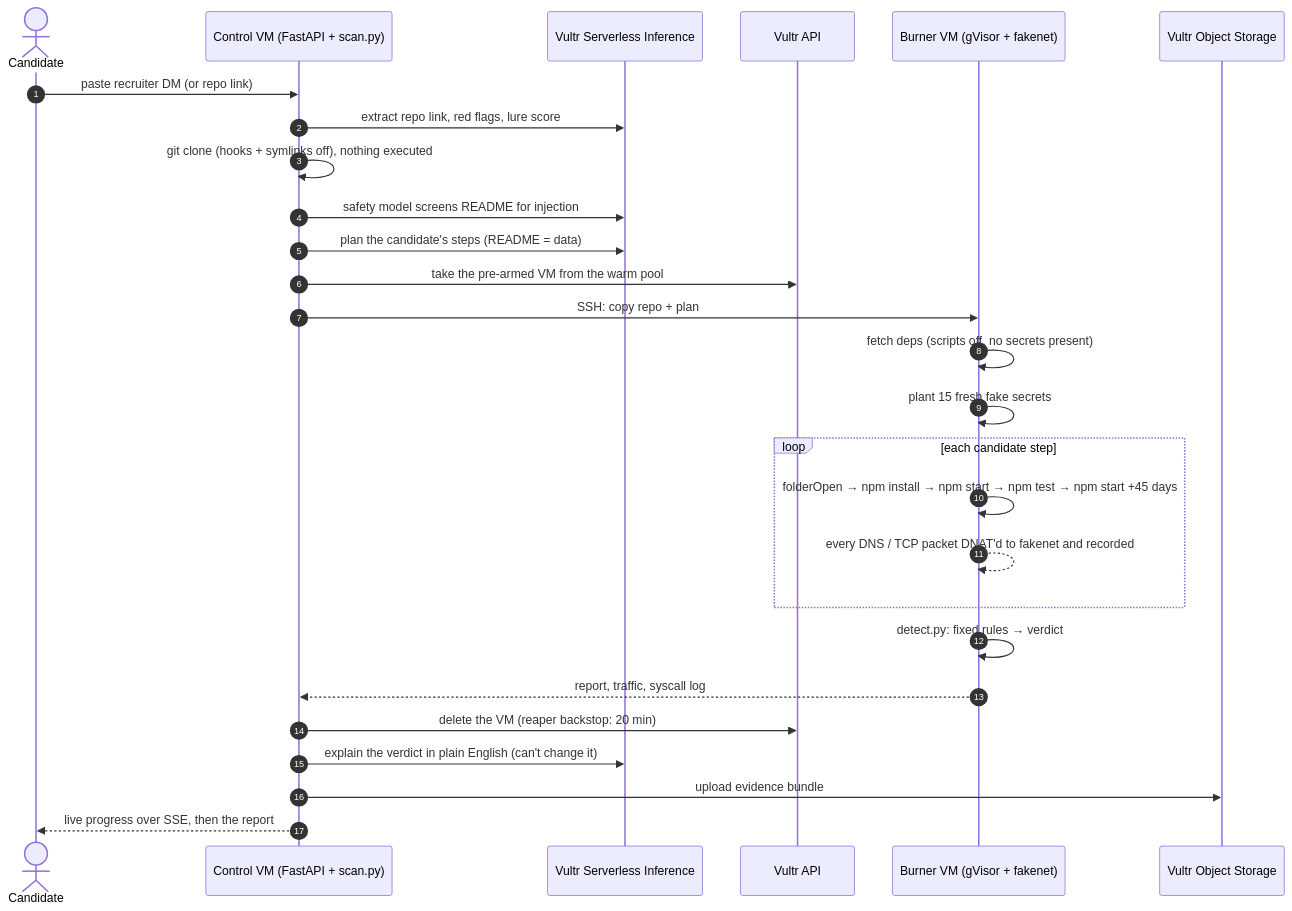
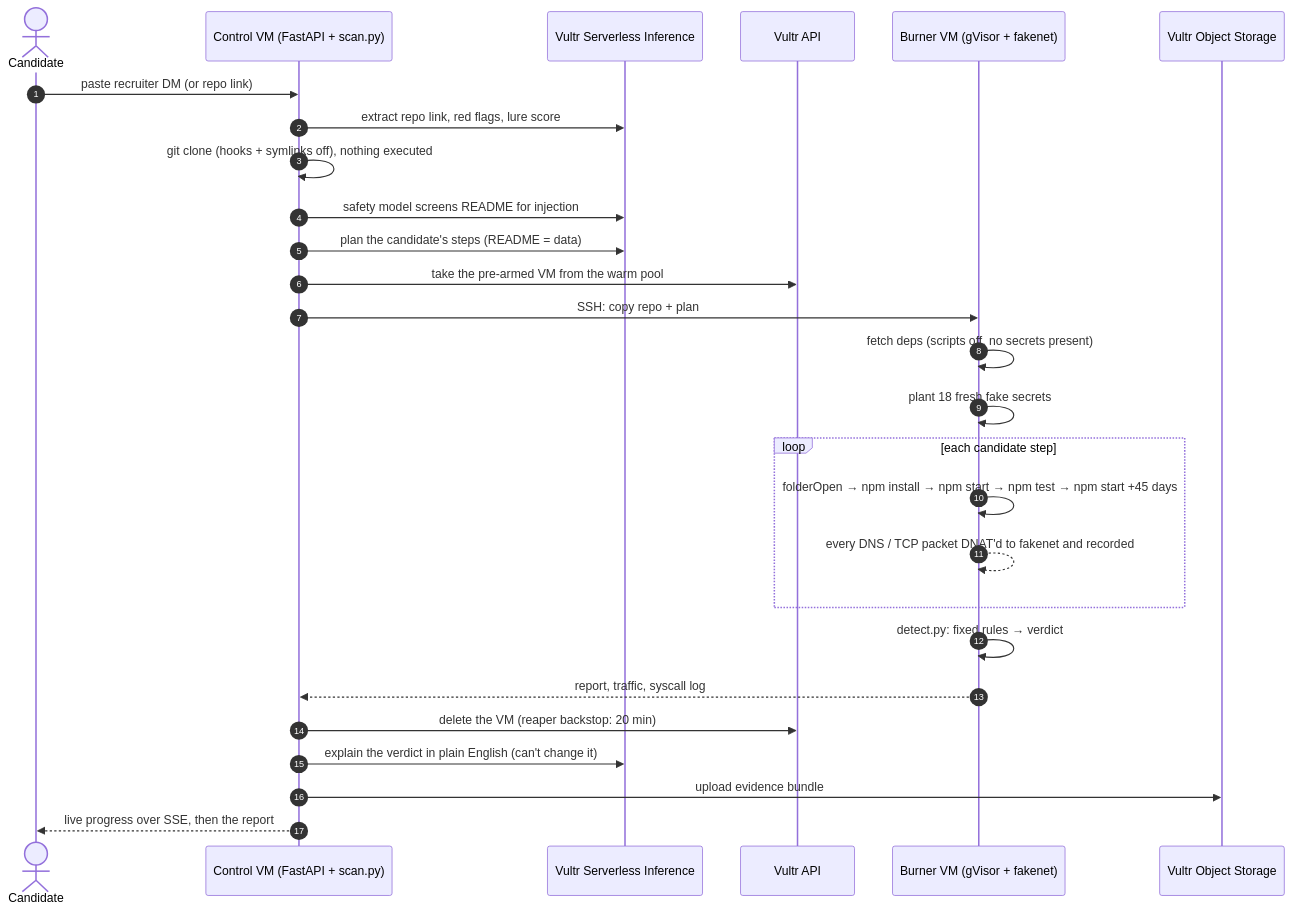
The diagram in README.md (Maheswar-Sah00/burner), drawn with Mermaid before and after one commit. The commit also changed other lines of this file and 214 other files, not shown here.

````diff
--- a/README.md
+++ b/README.md
@@ -290,30 +439,30 @@
 ```mermaid
 sequenceDiagram
     autonumber
     actor C as Candidate
     participant W as Control VM (FastAPI + scan.py)
     participant L as Vultr Serverless Inference
     participant V as Vultr API
     participant B as Burner VM (gVisor + fakenet)
     participant S as Vultr Object Storage
 
     C->>W: paste recruiter DM (or repo link)
     W->>L: extract repo link, red flags, lure score
     W->>W: git clone (hooks + symlinks off), nothing executed
     W->>L: safety model screens README for injection
     W->>L: plan the candidate's steps (README = data)
     W->>V: take the pre-armed VM from the warm pool
     W->>B: SSH: copy repo + plan
     B->>B: fetch deps (scripts off, no secrets present)
-    B->>B: plant 15 fresh fake secrets
+    B->>B: plant 18 fresh fake secrets
     loop each candidate step
         B->>B: folderOpen → npm install → npm start → npm test → npm start +45 days
         B-->>B: every DNS / TCP packet DNAT'd to fakenet and recorded
     end
     B->>B: detect.py: fixed rules → verdict
     B-->>W: report, traffic, syscall log
     W->>V: delete the VM (reaper backstop: 20 min)
     W->>L: explain the verdict in plain English (can't change it)
     W->>S: upload evidence bundle
     W-->>C: live progress over SSE, then the report
 ```
````
